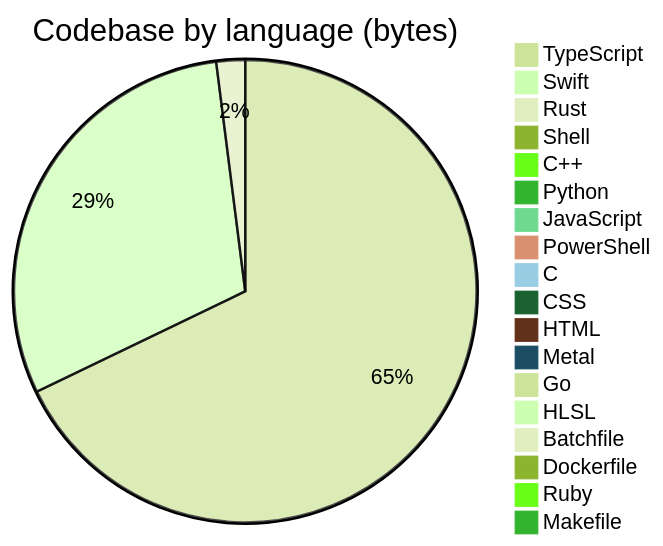
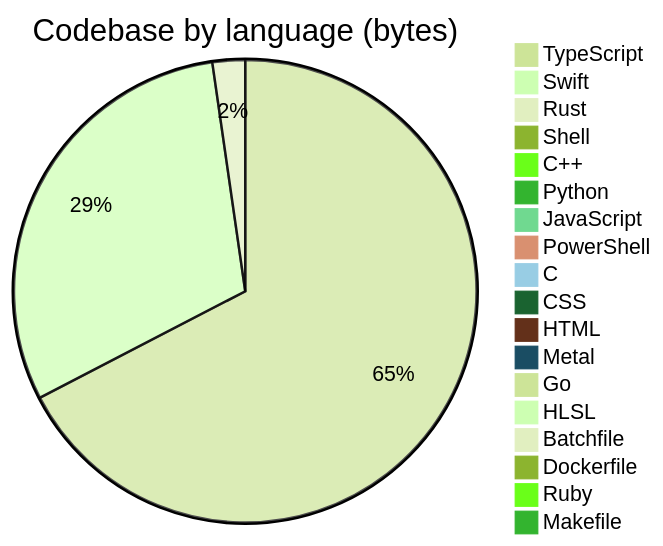
One commit to Open330/.github changed the diagram in profile/README.md. Above: the diagram before and after it, drawn with Mermaid (forest theme). The commit also changed other lines of this file, not shown here.

````diff
--- a/profile/README.md
+++ b/profile/README.md
@@ -127,21 +127,21 @@
 ```mermaid
 pie title Codebase by language (bytes)
     "TypeScript" : 34121315
-    "Swift" : 15153141
-    "Rust" : 1010364
+    "Swift" : 15360568
+    "Rust" : 1153395
     "Shell" : 470459
     "C++" : 388775
     "Python" : 297604
     "JavaScript" : 239569
     "PowerShell" : 128198
     "C" : 114143
     "CSS" : 84252
     "HTML" : 34564
     "Metal" : 33033
     "Go" : 22811
     "HLSL" : 7527
     "Batchfile" : 5870
     "Dockerfile" : 4893
     "Ruby" : 1554
     "Makefile" : 1150
 ```
````
